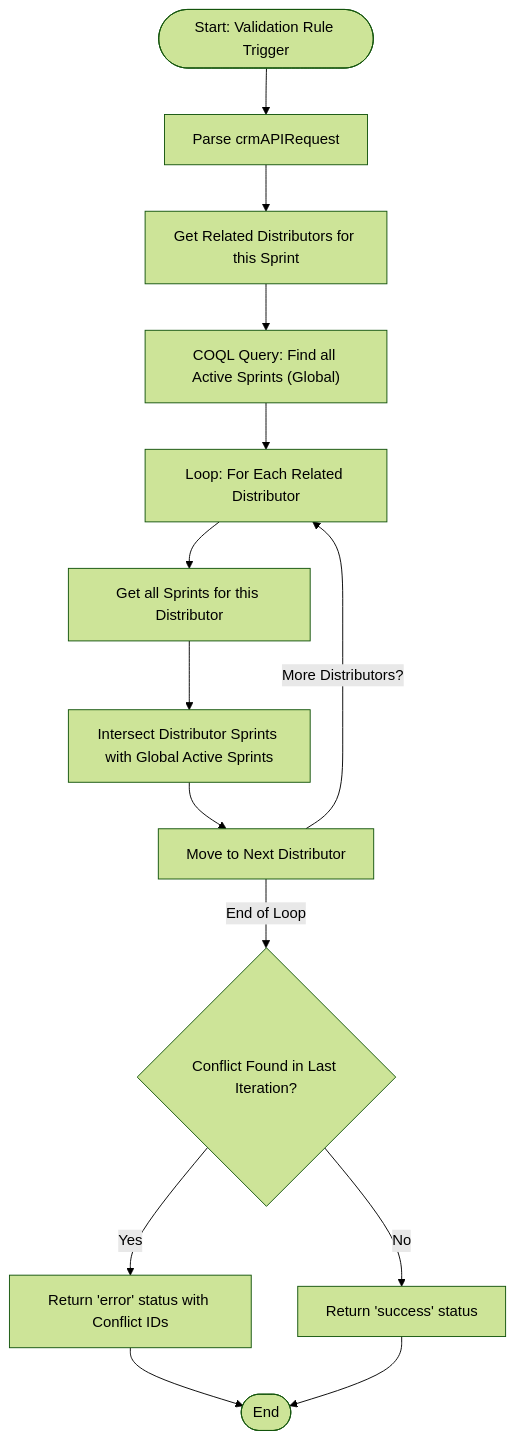
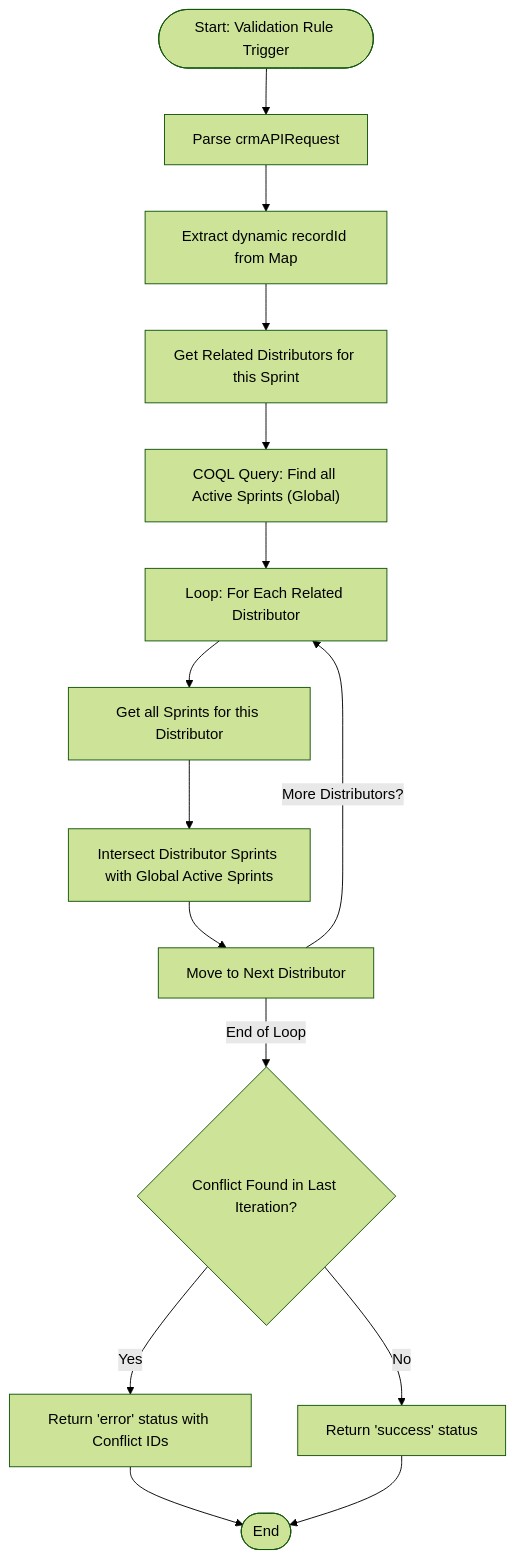
One commit to martinkp93/zoho-scripts changed the diagram in scripts/sendToActiveCampaignLimit/sendToActiveCampaignLimit.md. Above: the diagram before and after it, drawn with Mermaid (forest theme). The commit also changed other lines of this file, not shown here.

````diff
--- a/scripts/sendToActiveCampaignLimit/sendToActiveCampaignLimit.md
+++ b/scripts/sendToActiveCampaignLimit/sendToActiveCampaignLimit.md
@@ -31,16 +31,17 @@
 ```mermaid
 graph TD
     Start(["Start: Validation Rule Trigger"]) --> Parse["Parse crmAPIRequest"]
-    Parse --> GetDistributors["Get Related Distributors for this Sprint"]
+    Parse --> GetID["Extract dynamic recordId from Map"]
+    GetID --> GetDistributors["Get Related Distributors for this Sprint"]
     GetDistributors --> COQL["COQL Query: Find all Active Sprints (Global)"]
     COQL --> LoopDistributors["Loop: For Each Related Distributor"]
     LoopDistributors --> GetDistributorSprints["Get all Sprints for this Distributor"]
     GetDistributorSprints --> Intersect["Intersect Distributor Sprints with Global Active Sprints"]
     Intersect --> NextDistributor["Move to Next Distributor"]
     NextDistributor -- "More Distributors?" --> LoopDistributors
     NextDistributor -- "End of Loop" --> FinalCheck{"Conflict Found in Last Iteration?"}
     FinalCheck -- "Yes" --> Error["Return 'error' status with Conflict IDs"]
     FinalCheck -- "No" --> Success["Return 'success' status"]
     Error --> End(["End"])
     Success --> End
 ```
````
